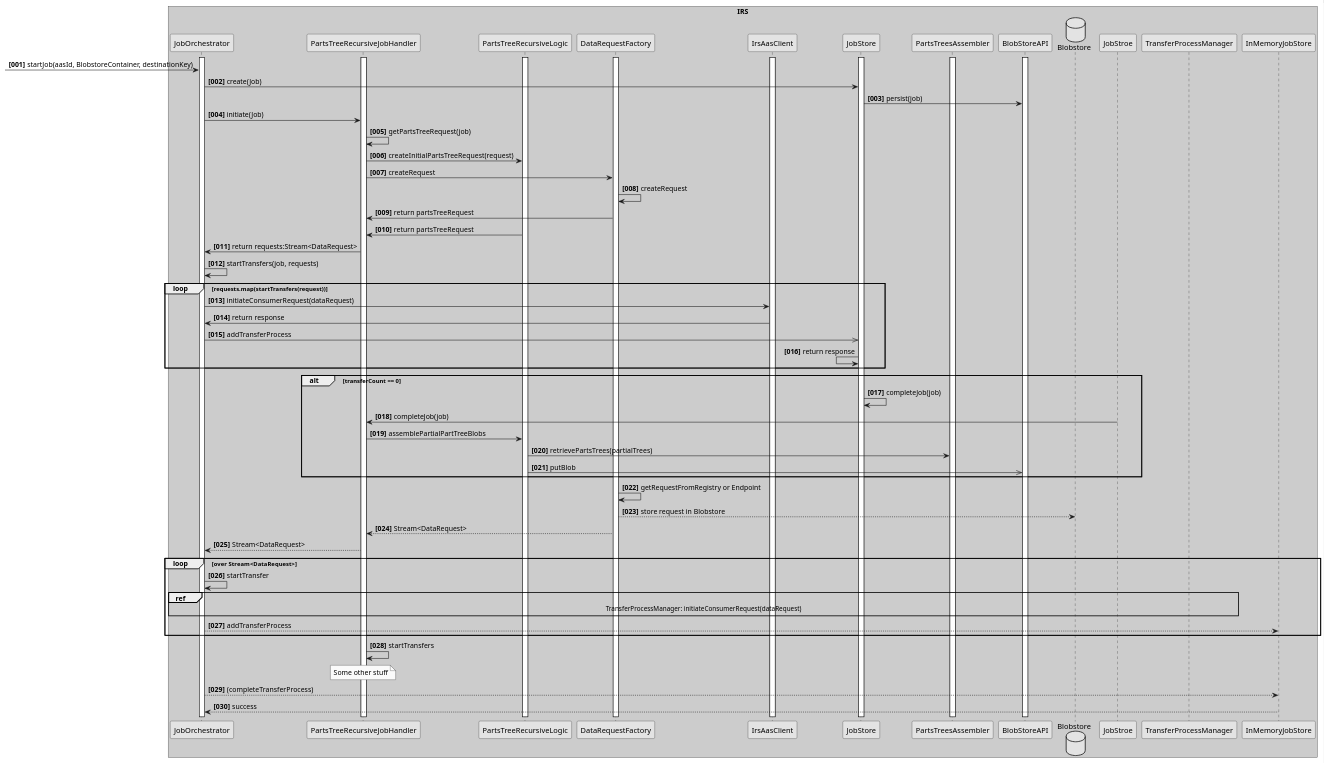
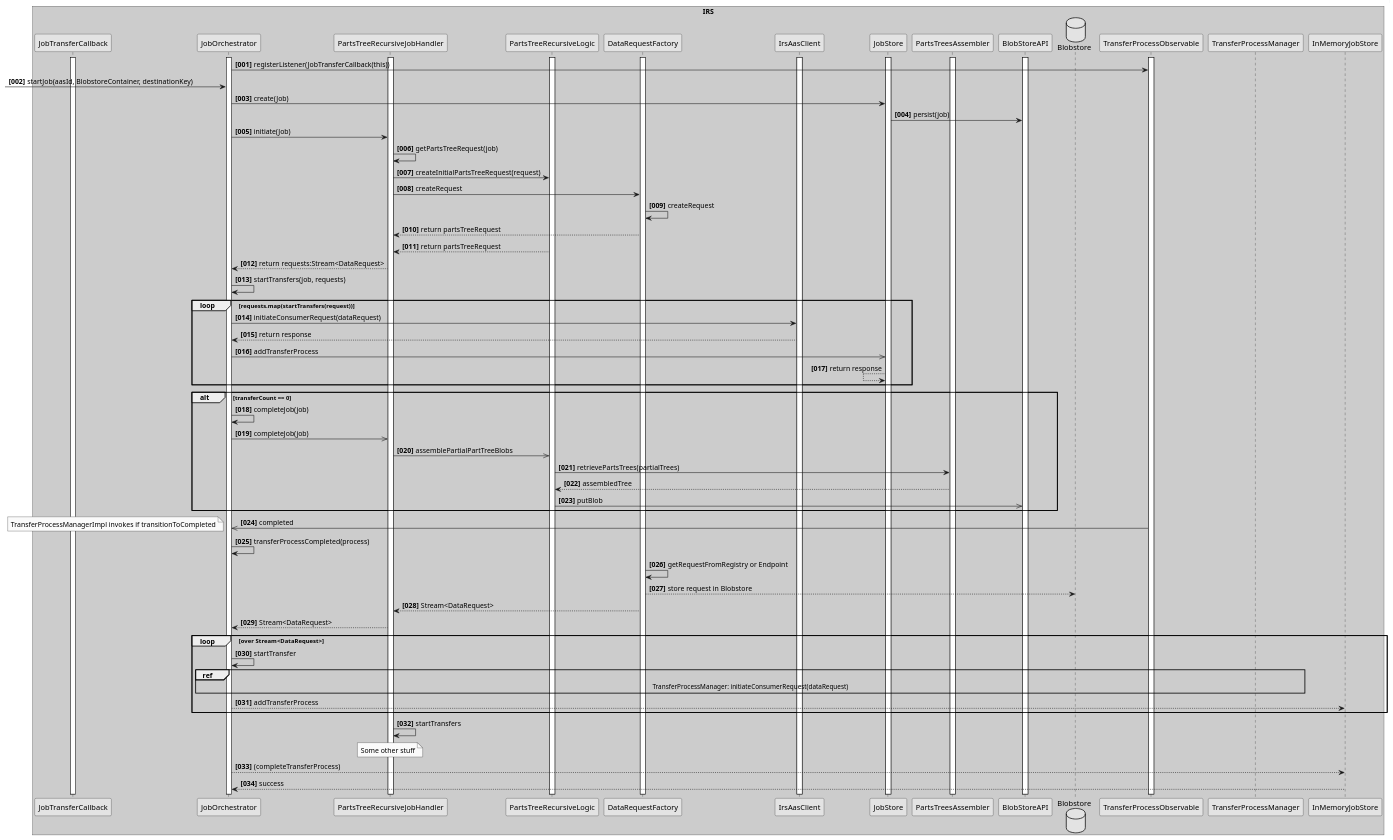
One commit to Zied-Belkhiria-Mhp/product-item-relationship-service changed the diagram in uml-diagramms/bom_processing-sequence.puml. Above: the diagram before and after it, drawn with PlantUML.

Commit message:
chore(api):[TRI-338] refactore current uml models

```diff
--- a/uml-diagramms/bom_processing-sequence.puml
+++ b/uml-diagramms/bom_processing-sequence.puml
@@ -1,80 +1,89 @@
 @startuml
 skinparam monochrome true
 skinparam shadowing false
 
 autonumber "<b>[000]"
 
 box "IRS" #LightBlue
 
+activate JobTransferCallback
 
 activate JobOrchestrator
 
 participant PartsTreeRecursiveJobHandler
 activate PartsTreeRecursiveJobHandler
 activate PartsTreeRecursiveLogic
 activate DataRequestFactory
 participant IrsAasClient
 activate IrsAasClient
 participant JobStore
 activate JobStore
 participant PartsTreesAssembler
 activate PartsTreesAssembler
 participant BlobStoreAPI
 activate BlobStoreAPI
 database Blobstore
+activate TransferProcessObservable
 
+JobOrchestrator -> TransferProcessObservable : registerListener(JobTransferCallback(this))
 
  -> JobOrchestrator: startJob(aasId, BlobstoreContainer, destinationKey)
 JobOrchestrator -> JobStore: create(Job)
 JobStore -> BlobStoreAPI: persist(job)
 
 
 JobOrchestrator -> PartsTreeRecursiveJobHandler: initiate(Job)
 PartsTreeRecursiveJobHandler -> PartsTreeRecursiveJobHandler : getPartsTreeRequest(job)
 PartsTreeRecursiveJobHandler -> PartsTreeRecursiveLogic : createInitialPartsTreeRequest(request)
 PartsTreeRecursiveJobHandler -> DataRequestFactory :createRequest
 DataRequestFactory -> DataRequestFactory :createRequest
-PartsTreeRecursiveJobHandler <- DataRequestFactory : return partsTreeRequest
-PartsTreeRecursiveJobHandler <- PartsTreeRecursiveLogic : return partsTreeRequest
-JobOrchestrator <- PartsTreeRecursiveJobHandler : return requests:Stream<DataRequest>
+PartsTreeRecursiveJobHandler <-- DataRequestFactory : return partsTreeRequest
+PartsTreeRecursiveJobHandler <-- PartsTreeRecursiveLogic : return partsTreeRequest
+JobOrchestrator <-- PartsTreeRecursiveJobHandler : return requests:Stream<DataRequest>
 
 JobOrchestrator -> JobOrchestrator :  startTransfers(job, requests)
 loop requests.map(startTransfers(request))
     JobOrchestrator -> IrsAasClient : initiateConsumerRequest(dataRequest)
-    JobOrchestrator <- IrsAasClient : return response
+    JobOrchestrator <-- IrsAasClient : return response
     JobOrchestrator ->> JobStore : addTransferProcess
-    JobStore <- JobStore : return response
+    JobStore <-- JobStore : return response
 end loop
 alt transferCount == 0
-    JobStore -> JobStore : completeJob(job)
-    JobStroe -> PartsTreeRecursiveJobHandler  : completeJob(job)
-    PartsTreeRecursiveJobHandler -> PartsTreeRecursiveLogic : assemblePartialPartTreeBlobs
+    JobOrchestrator -> JobOrchestrator : completeJob(job)
+    JobOrchestrator ->> PartsTreeRecursiveJobHandler  : completeJob(job)
+    PartsTreeRecursiveJobHandler ->> PartsTreeRecursiveLogic : assemblePartialPartTreeBlobs
     PartsTreeRecursiveLogic -> PartsTreesAssembler : retrievePartsTrees(partialTrees)
+    PartsTreeRecursiveLogic <-- PartsTreesAssembler : assembledTree
     PartsTreeRecursiveLogic ->> BlobStoreAPI : putBlob
 end alt
 
 
+JobOrchestrator <<- TransferProcessObservable  : completed
+note left
+    TransferProcessManagerImpl invokes if transitionToCompleted
+end note
+JobOrchestrator -> JobOrchestrator :  transferProcessCompleted(process)
 
 DataRequestFactory -> DataRequestFactory: getRequestFromRegistry or Endpoint
 DataRequestFactory --> Blobstore: store request in Blobstore
 PartsTreeRecursiveJobHandler <-- DataRequestFactory: Stream<DataRequest>
 JobOrchestrator <-- PartsTreeRecursiveJobHandler: Stream<DataRequest>
 loop over  Stream<DataRequest>
     JobOrchestrator -> JobOrchestrator: startTransfer
     ref over JobOrchestrator, TransferProcessManager
         TransferProcessManager: initiateConsumerRequest(dataRequest)
     end ref
     JobOrchestrator --> InMemoryJobStore: addTransferProcess
 end loop
 PartsTreeRecursiveJobHandler -> PartsTreeRecursiveJobHandler:startTransfers
 note over PartsTreeRecursiveJobHandler
     Some other stuff
 end note
 JobOrchestrator --> InMemoryJobStore: (completeTransferProcess)
 JobOrchestrator <-- InMemoryJobStore: success
 
 
 
 
 
 @enduml
```
